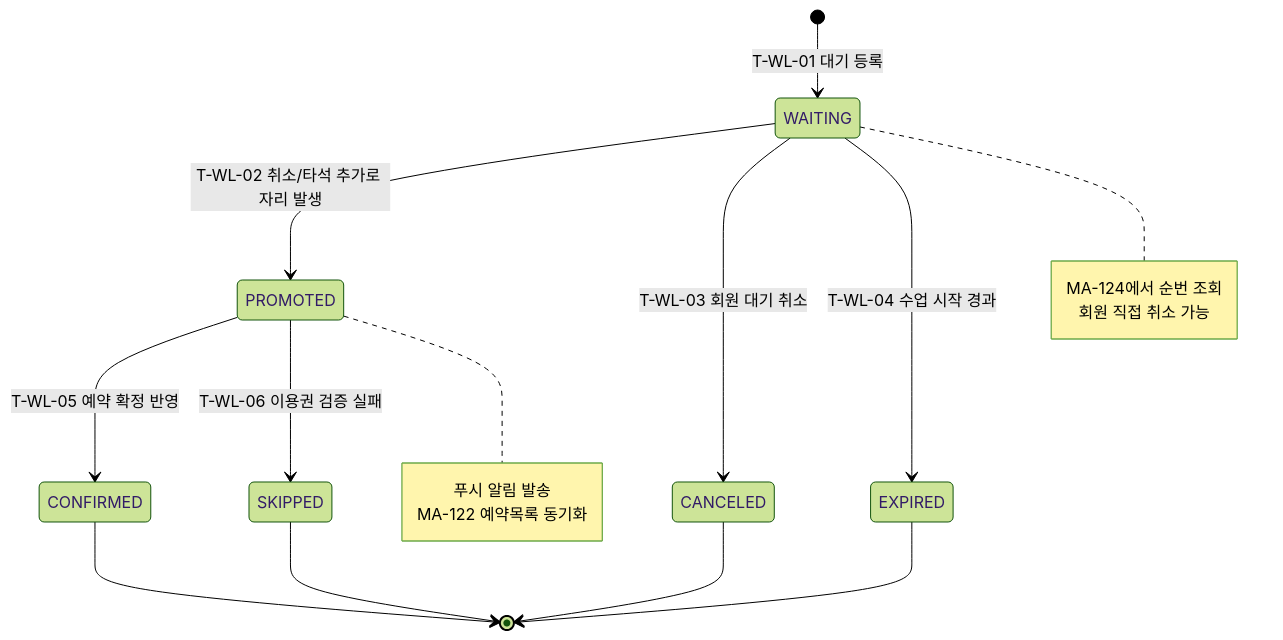
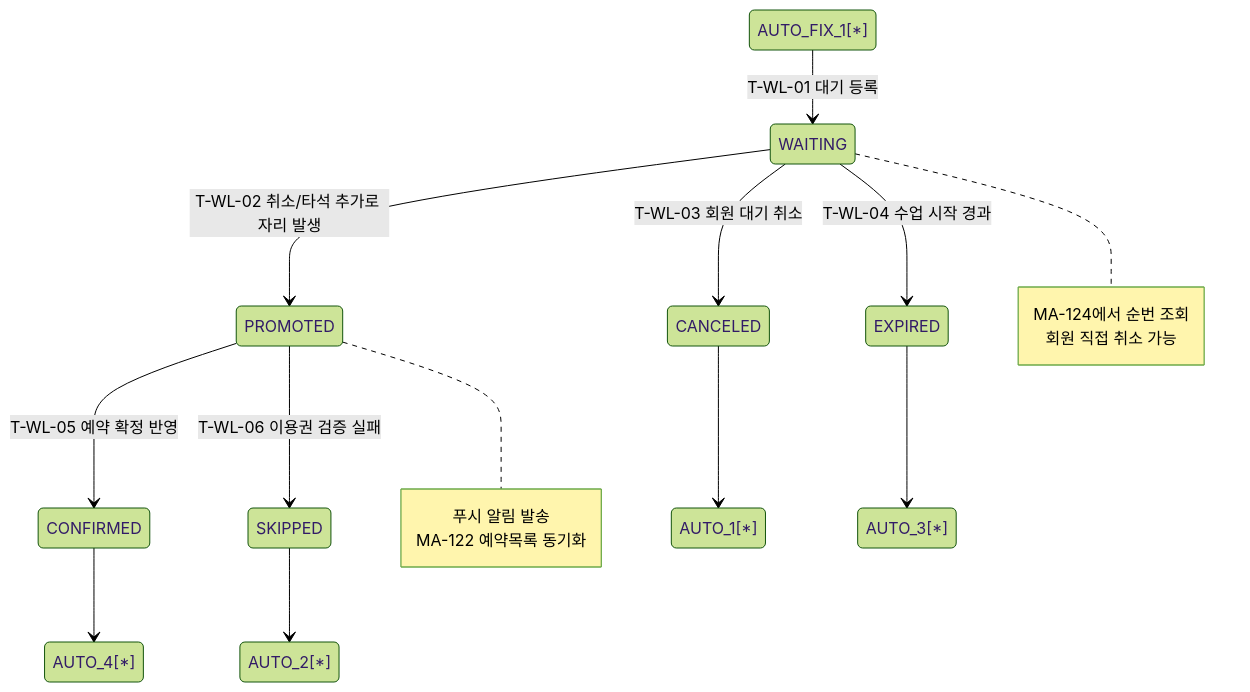
The diagram in docs/admin/다이어그램/20_상태전이도/20-17_WaitlistStatus.md (dev-spogym/admin-pando), drawn with Mermaid (forest theme) before and after one commit. The commit also changed 369 other files, not shown here.

````diff
--- a/docs/admin/다이어그램/20_상태전이도/20-17_WaitlistStatus.md
+++ b/docs/admin/다이어그램/20_상태전이도/20-17_WaitlistStatus.md
@@ -34,26 +34,26 @@
 ```mermaid
 stateDiagram-v2
-    [*] --> WAITING : T-WL-01 대기 등록
+    AUTO_FIX_1[*] --> WAITING : T-WL-01 대기 등록
 
     WAITING --> PROMOTED : T-WL-02 취소/타석 추가로 자리 발생
     WAITING --> CANCELED : T-WL-03 회원 대기 취소
     WAITING --> EXPIRED : T-WL-04 수업 시작 경과
 
     PROMOTED --> CONFIRMED : T-WL-05 예약 확정 반영
     PROMOTED --> SKIPPED : T-WL-06 이용권 검증 실패
 
-    CANCELED --> [*]
-    SKIPPED --> [*]
-    EXPIRED --> [*]
-    CONFIRMED --> [*]
+    CANCELED --> AUTO_1[*]
+    SKIPPED --> AUTO_2[*]
+    EXPIRED --> AUTO_3[*]
+    CONFIRMED --> AUTO_4[*]
 
     note right of WAITING
         MA-124에서 순번 조회
         회원 직접 취소 가능
     end note
 
     note right of PROMOTED
         푸시 알림 발송
         MA-122 예약목록 동기화
     end note
 ```
````
